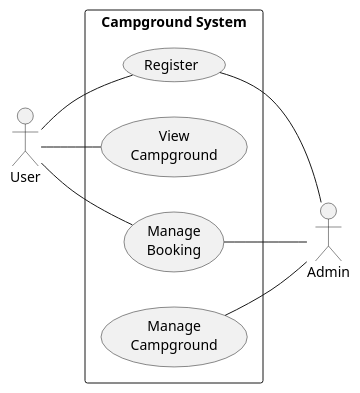
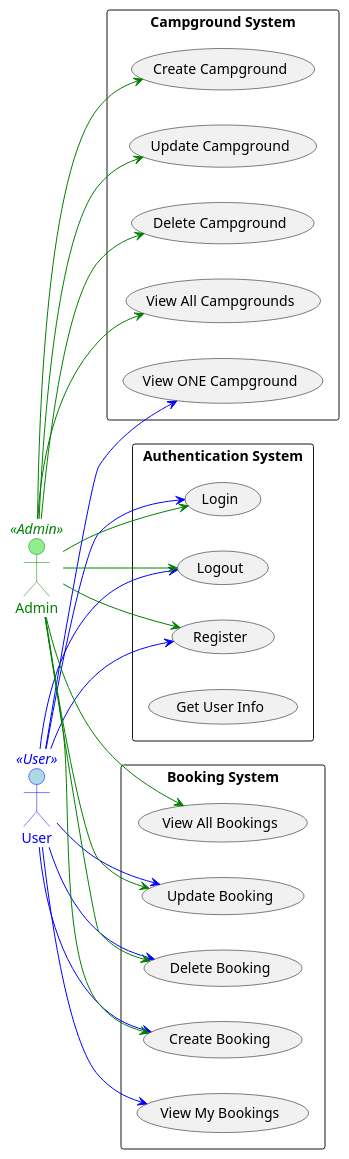
The diagram in plantuml/use_case.puml (2110503-2564/fe-project-2024-2-tong-a), drawn with PlantUML before and after one commit.

Commit message:
improve_usecase

```diff
--- a/plantuml/use_case.puml
+++ b/plantuml/use_case.puml
@@ -1,21 +1,66 @@
 @startuml Campground System Use Case Diagram
 left to right direction
-actor "User" as user 
-rectangle "Campground System" as campground{
+
+skinparam Actor {
+    BackgroundColor<<User>> LightBlue
+    BorderColor<<User>> Blue
+    FontColor<<User>> Blue
+
+    BackgroundColor<<Admin>> LightGreen
+    BorderColor<<Admin>> Green
+    FontColor<<Admin>> Green
+}
+' Define colors for relationships
+skinparam ArrowColor Blue
+skinparam ActorBorderColor Blue
+skinparam UseCaseBorderColor Black
+
+actor "User" as user <<User>>
+actor "Admin" as admin <<Admin>>
+
+rectangle "Authentication System" as Authentication {
     usecase "Register" as register
-    usecase "View\nCampground" as viewCampground
-    usecase "Manage\nBooking" as manageBooking
-    usecase "Manage\nCampground" as manageCampground 
+    usecase "Login" as login
+    usecase "Logout" as logout
+    usecase "Get User Info" as getMe
 }
 
-user -- register
-user -- viewCampground
-user -- manageBooking
+rectangle "Campground System" as campground {
+    usecase "View ONE Campground" as viewONECampground
+    usecase "View All Campgrounds" as viewCampgrounds
+    usecase "Create Campground" as createCampground
+    usecase "Update Campground" as updateCampground
+    usecase "Delete Campground" as deleteCampground
+}
 
-actor "Admin" as admin 
+rectangle "Booking System" as Booking {
+    usecase "Create Booking" as createBooking
+    usecase "Update Booking" as updateBooking
+    usecase "Delete Booking" as deleteBooking
+    usecase "View All Bookings" as viewBookings
+    usecase "View My Bookings" as viewOWNBookings
+}
 
-register -- admin
-manageCampground -- admin
-manageBooking -- admin
+' Connect users to their respective use cases
+user -[#blue]-> register
+user -[#blue]-> login
+user -[#blue]-> logout
+user -[#blue]-> viewONECampground
+user -[#blue]-> viewOWNBookings
+user -[#blue]-> createBooking
+user -[#blue]-> updateBooking
+user -[#blue]-> deleteBooking
+
+admin -[#green]-> register
+admin -[#green]-> login
+admin -[#green]-> logout
+admin -[#green]-> viewCampgrounds
+admin -[#green]-> createCampground
+admin -[#green]-> updateCampground
+admin -[#green]-> deleteCampground
+admin -[#green]-> createBooking
+admin -[#green]-> updateBooking
+admin -[#green]-> deleteBooking
+admin -[#green]-> viewBookings
 
 @enduml
```
